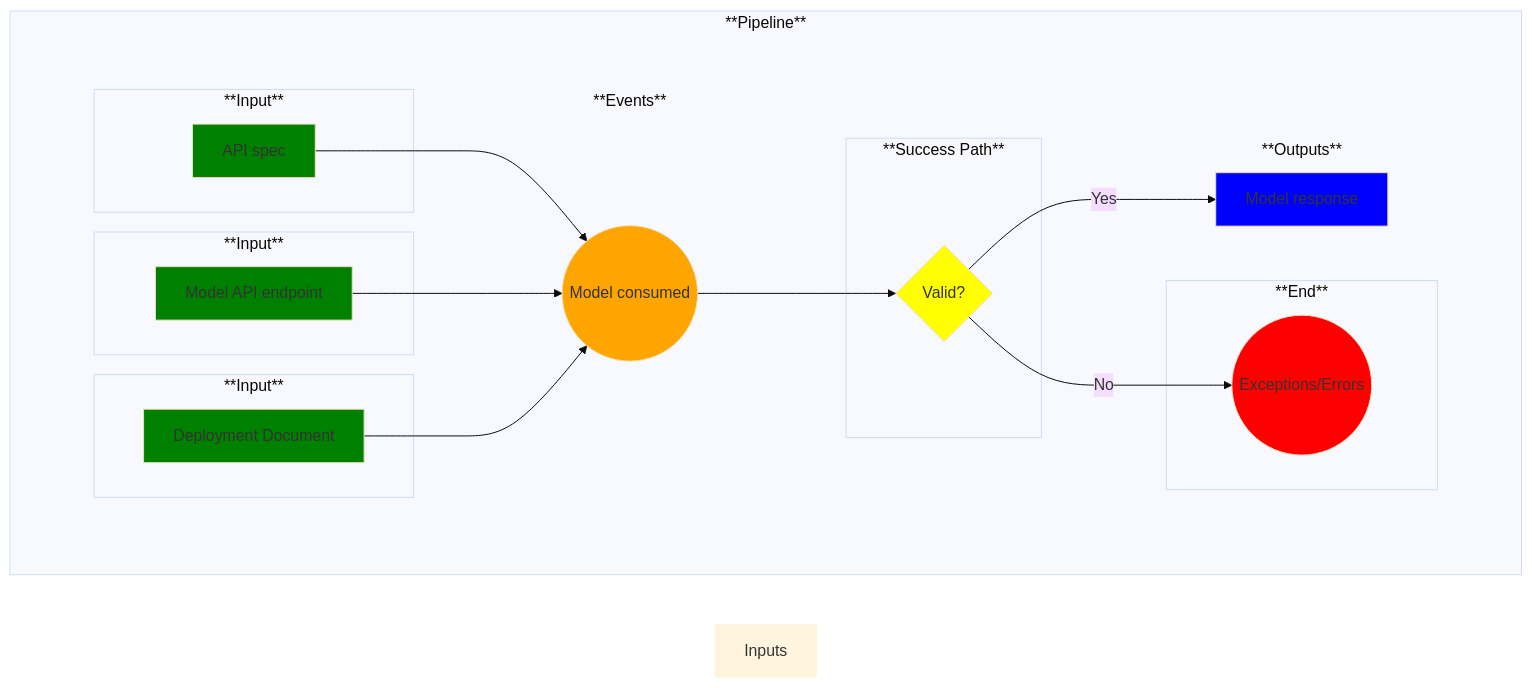
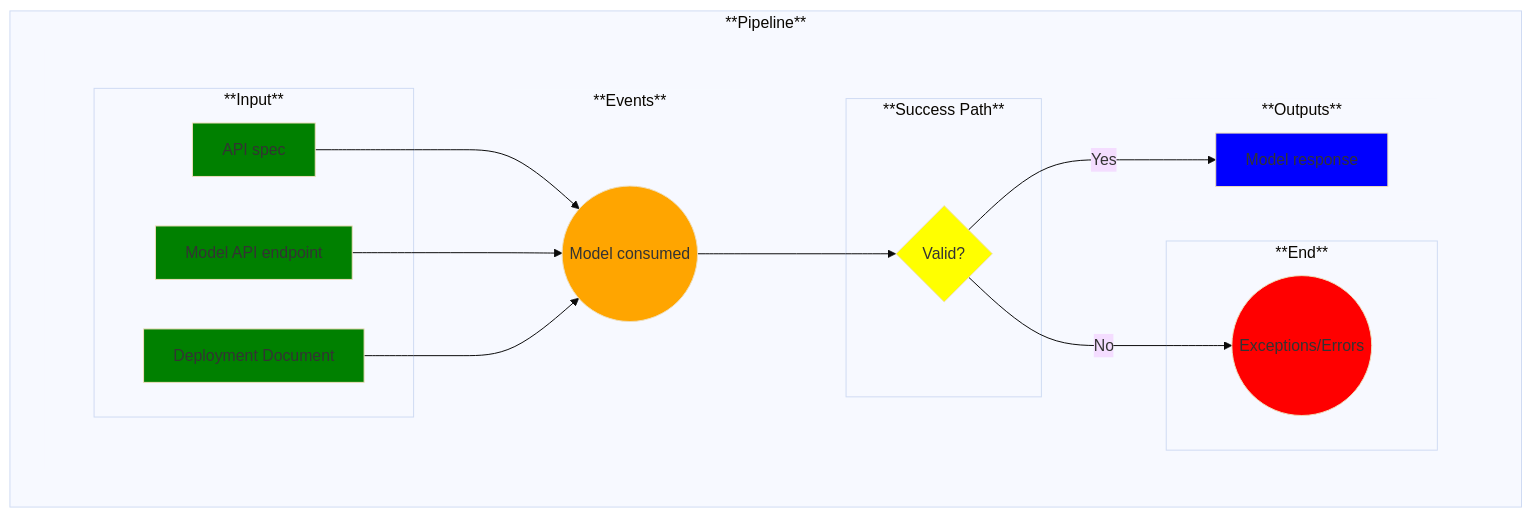
Before and after one commit to MLOps-OpenAPI/arch-diagrams: the diagram in use-cases/20-model-consumed.md, drawn with Mermaid (base theme). The commit also changed 1 other file, not shown here.

Commit message:
UC17 updated + UC20 input formatting updated

````diff
--- a/use-cases/20-model-consumed.md
+++ b/use-cases/20-model-consumed.md
@@ -21,79 +21,78 @@
 ```mermaid
 
 %% Creating a left-to-right flowchart
 %% Learn the syntax here: https://mermaid.js.org/syntax/flowchart.html
 %% Note: flowchart and graph are the same in Mermaid
 graph LR;
 
     %% Define the common flow items:
     %%A--> B
     %%B-->C
     subgraph Pipeline ["**Pipeline**"]
         
         %% Add an empty node to overcome some formatting issues
         subgraph invisibleSpace["<br/>"]
 
             %% Add the rest of the nodes
-            subgraph Input1 ["**Input**"]
+            subgraph Inputs ["**Input**"]
                 A1
             end
-            subgraph Input2 ["**Input**"]
+            subgraph Inputs ["**Input**"]
                 A2
             end
-            subgraph Input3 ["**Input**"]
+            subgraph Inputs ["**Input**"]
                 A3
             end
             subgraph Events ["**Events**"]
                 B
             end
             subgraph Success ["**Success Path**"]
                 C
             end
             subgraph End ["**End**"]
                 D
             end
             subgraph Outputs ["**Outputs**"]
                 E
             end
         end
         A1-->B
         A2-->B
         A3-->B
         %%C--> | test text | D
         B-->C
         C--> | No | D
         C--> | Yes | E
     end
 
     %% Now label and style the blocks
     %% Note: You could have done this above, but I find this to be cleaner and easier to manage
 
     A1[API spec]
     style A1 fill:green
 
     A2[Model API endpoint]
     style A2 fill:green
 
     A3[Deployment Document]
     style A3 fill:green
 
-
     B((Model consumed))
     style B fill:orange
 
     C{Valid?}
     style C fill:yellow
 
     D((Exceptions/Errors))
     style D fill:red
 
     E[Model response]
     style E fill:blue
 
     %% Remove unnecessary box outlines
     style invisibleSpace stroke-width:0
     style Inputs stroke-width:0
     style Events stroke-width:0
     style Outputs stroke-width:0
 
 ```
````
